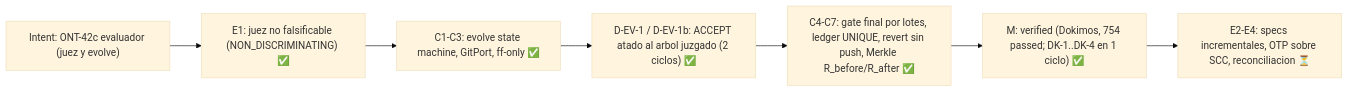
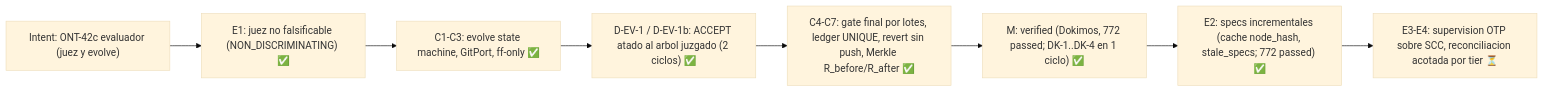
Before and after one commit to ancrz/agent-execution-plane: diagram 21 of 24 in README.md, drawn with Mermaid (base theme). The commit also changed other lines of this file and 4 other files, not shown here.

````diff
--- a/README.md
+++ b/README.md
@@ -1117,9 +1117,10 @@
 ```mermaid
 flowchart LR
     I["Intent: ONT-42c evaluador (juez y evolve)"] --> E1["E1: juez no falsificable (NON_DISCRIMINATING) ✅"]
     E1 --> C13["C1-C3: evolve state machine, GitPort, ff-only ✅"]
     C13 --> D["D-EV-1 / D-EV-1b: ACCEPT atado al arbol juzgado (2 ciclos) ✅"]
     D --> C47["C4-C7: gate final por lotes, ledger UNIQUE, revert sin push, Merkle R_before/R_after ✅"]
-    C47 --> V["M: verified (Dokimos, 754 passed; DK-1..DK-4 en 1 ciclo) ✅"]
-    V --> E234["E2-E4: specs incrementales, OTP sobre SCC, reconciliacion ⏳"]
+    C47 --> V["M: verified (Dokimos, 772 passed; DK-1..DK-4 en 1 ciclo) ✅"]
+    V --> E2["E2: specs incrementales (cache node_hash, stale_specs; 772 passed) ✅"]
+    E2 --> E34["E3-E4: supervision OTP sobre SCC, reconciliacion acotada por tier ⏳"]
 ```
````
